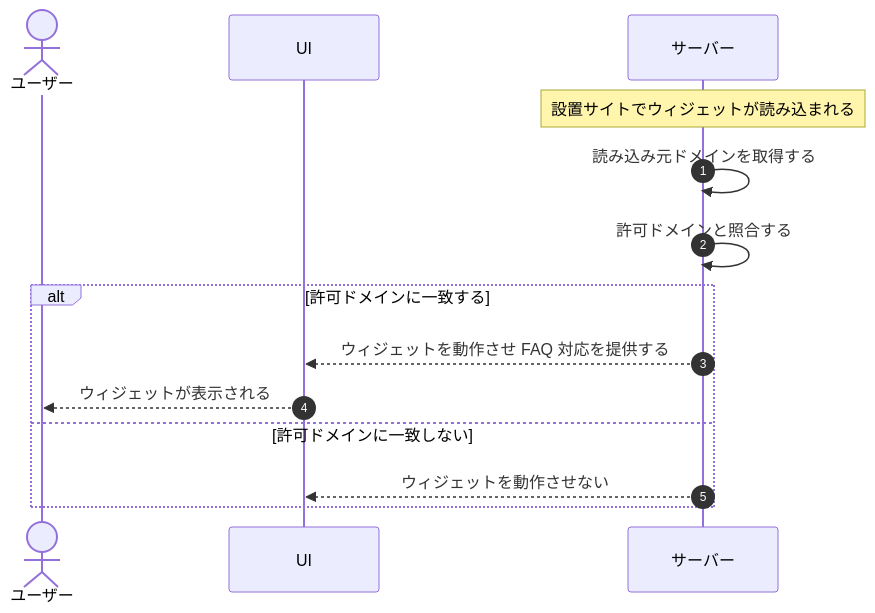
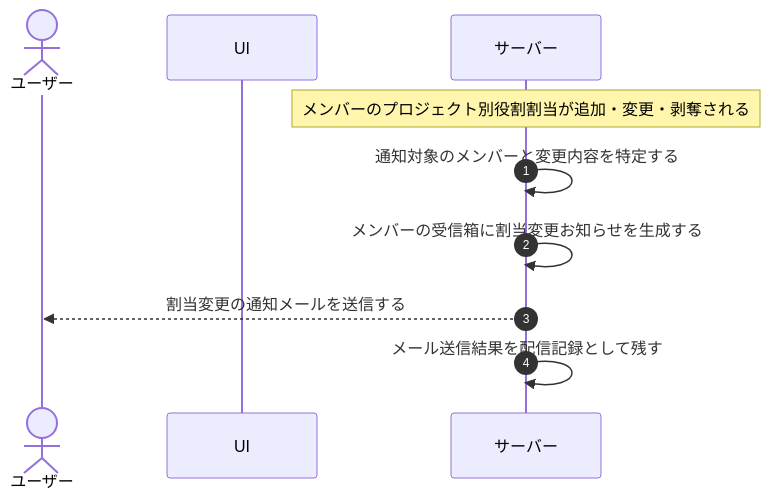
The diagram in 01_requirements/04_business_usecases/UC-061.md (sikakou54/open-faq), drawn with Mermaid before and after one commit. The commit also changed other lines of this file and 395 other files, not shown here.

````diff
--- a/01_requirements/04_business_usecases/UC-061.md
+++ b/01_requirements/04_business_usecases/UC-061.md
@@ -26,17 +27,13 @@
 ```mermaid
 sequenceDiagram
   autonumber
   actor U as ユーザー
   participant UI as UI
   participant S as サーバー
 
-  Note over S: 設置サイトでウィジェットが読み込まれる
-  S->>S: 読み込み元ドメインを取得する
-  S->>S: 許可ドメインと照合する
-  alt 許可ドメインに一致する
-    S-->>UI: ウィジェットを動作させ FAQ 対応を提供する
-    UI-->>U: ウィジェットが表示される
-  else 許可ドメインに一致しない
-    S-->>UI: ウィジェットを動作させない
-  end
+  Note over S: メンバーのプロジェクト別役割割当が追加・変更・剥奪される
+  S->>S: 通知対象のメンバーと変更内容を特定する
+  S->>S: メンバーの受信箱に割当変更お知らせを生成する
+  S-->>U: 割当変更の通知メールを送信する
+  S->>S: メール送信結果を配信記録として残す
 ```
````
